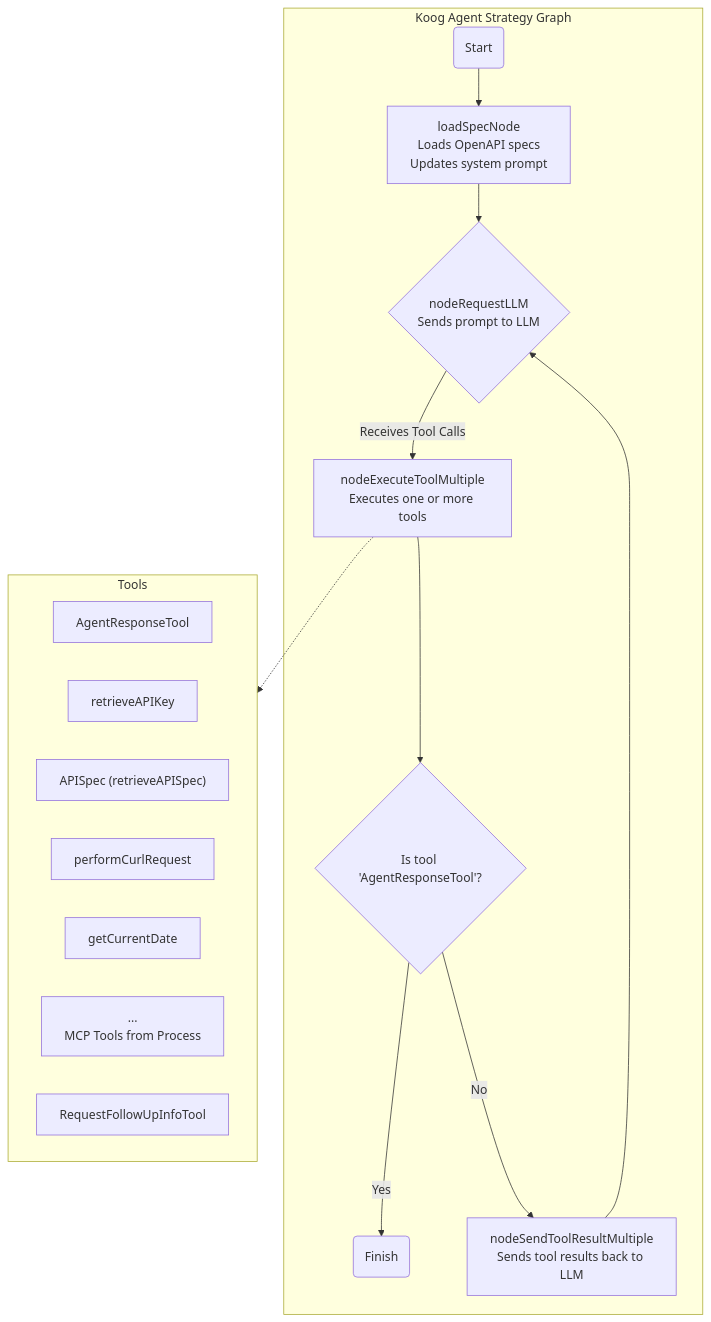
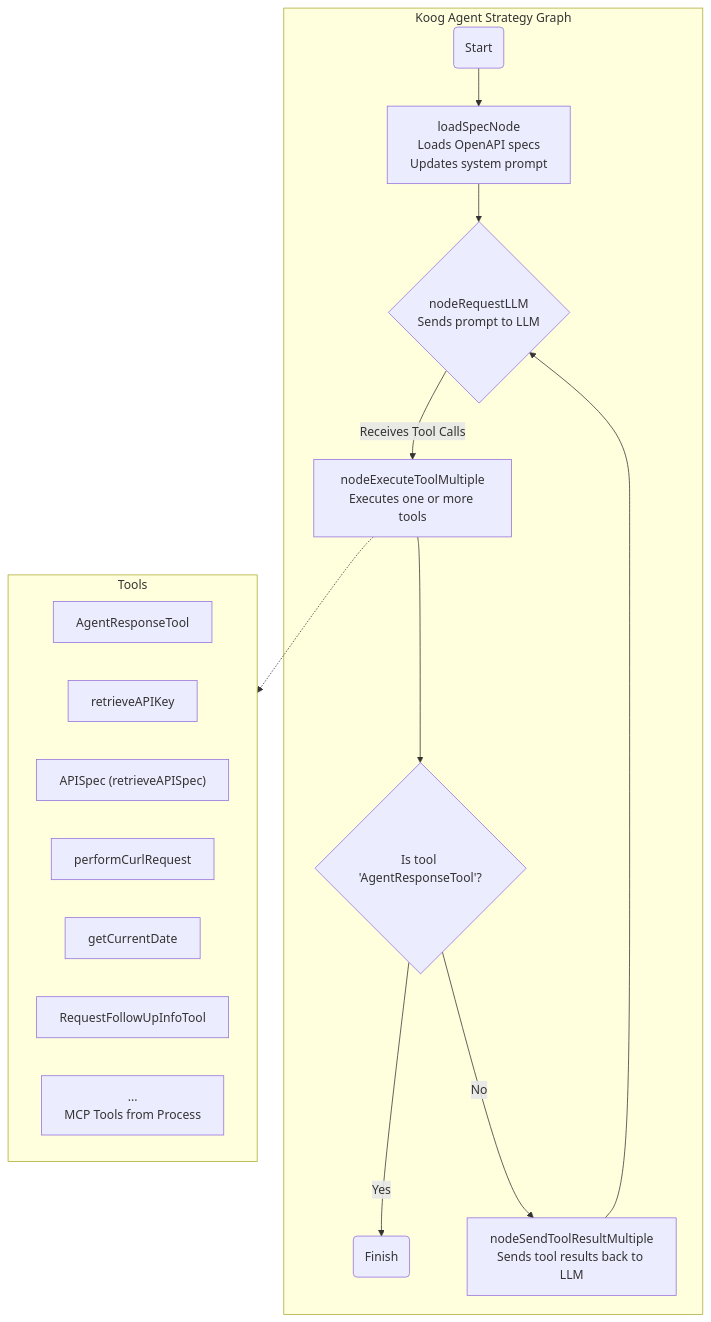
One commit to teegarcs/Koog_CLI changed the diagram in README.md. Above: the diagram before and after it, drawn with Mermaid.

Commit message:
adding ability to request more information from the user

````diff
--- a/README.md
+++ b/README.md
@@ -68,26 +68,26 @@
 ```mermaid
 graph TD
     subgraph "Koog Agent Strategy Graph"
         A(Start) --> B["loadSpecNode<br/>Loads OpenAPI specs<br/>Updates system prompt"];
         B --> C{"nodeRequestLLM<br/>Sends prompt to LLM"};
         C -- "Receives Tool Calls" --> D["nodeExecuteToolMultiple<br/>Executes one or more tools"];
         D --> Condition{"Is tool 'AgentResponseTool'?"};
         Condition -- "Yes" --> F(Finish);
         Condition -- "No" --> E["nodeSendToolResultMultiple<br/>Sends tool results back to LLM"];
         E --> C;
     end
 
     subgraph Tools
         direction LR
         G[AgentResponseTool]
         H[retrieveAPIKey]
         I["APISpec (retrieveAPISpec)"]
         J[performCurlRequest]
         K[getCurrentDate]
-        L["...<br/>MCP Tools from Process"]
-        N[RequestFollowUpInfoTool]
+        L[RequestFollowUpInfoTool]
+        M["...<br/>MCP Tools from Process"]
     end
 
     D -.-> Tools;
 
 ```
````
